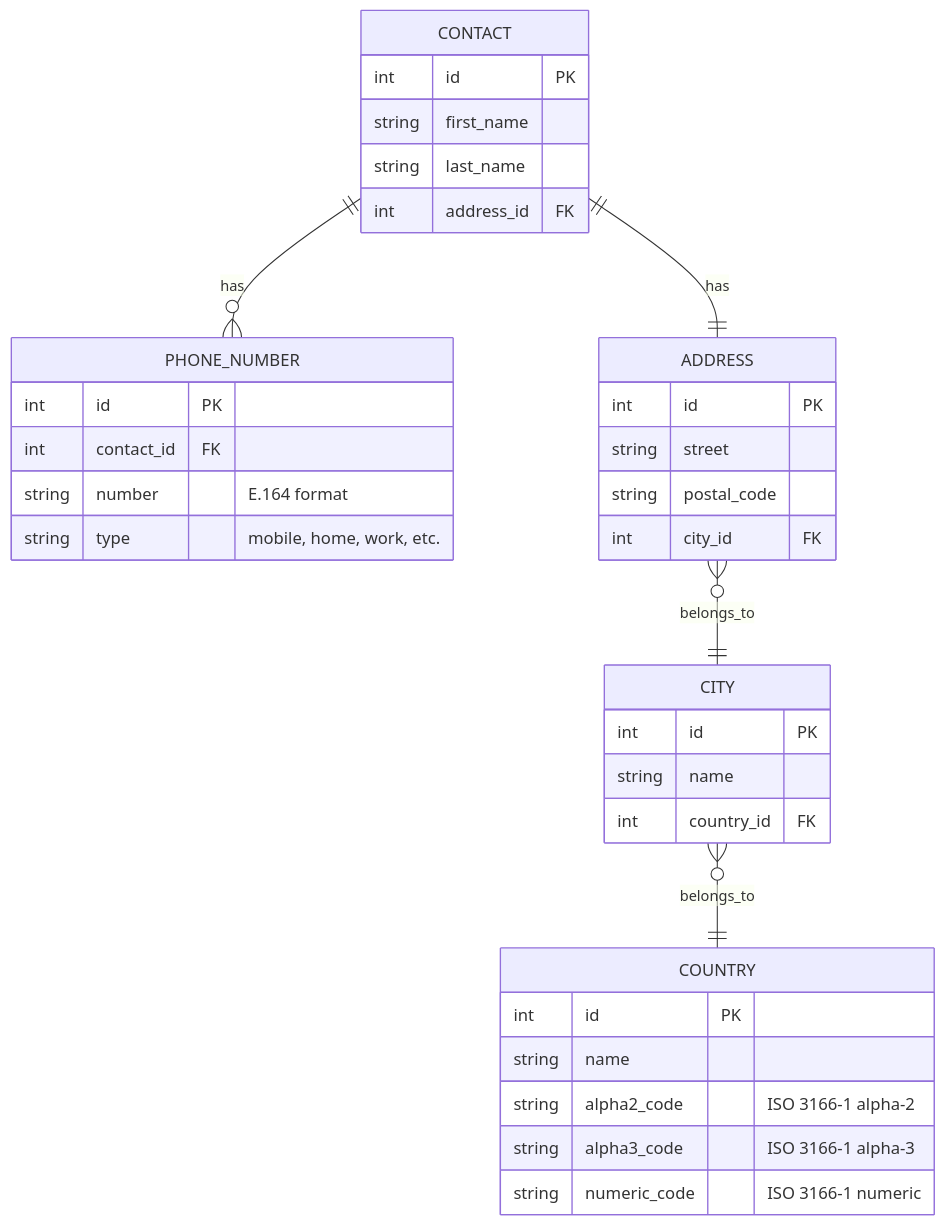
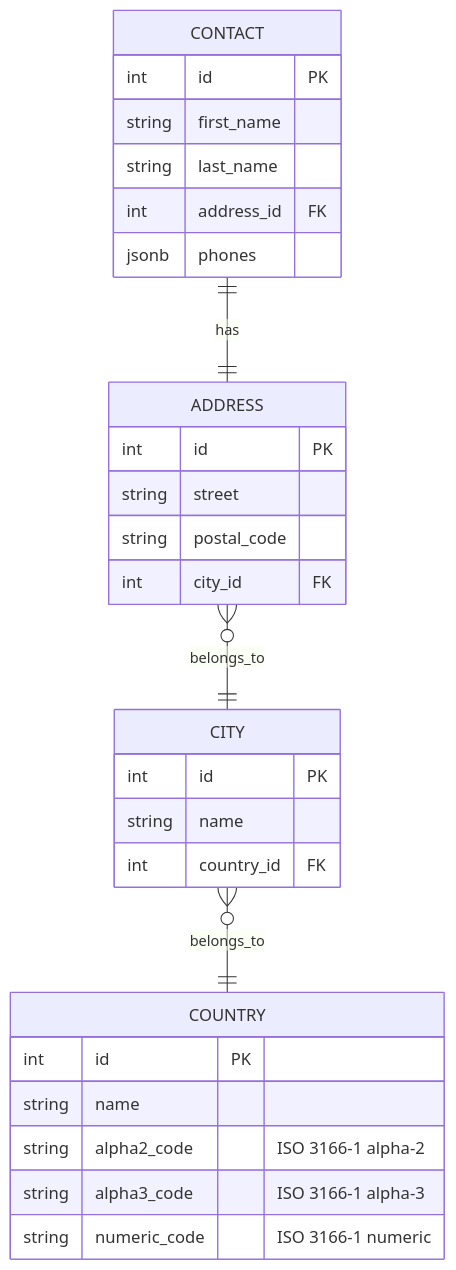
Before and after one commit to niv-e/phonebook-api: the diagram in README.md, drawn with Mermaid. The commit also changed other lines of this file and 12 other files, not shown here.

````diff
--- a/README.md
+++ b/README.md
@@ -24,42 +26,35 @@
 ```mermaid
 erDiagram
     CONTACT {
         int id PK
         string first_name
         string last_name
         int address_id FK
-    }
-    
-    PHONE_NUMBER {
-        int id PK
-        int contact_id FK
-        string number "E.164 format"
-        string type "mobile, home, work, etc."
+        jsonb phones
     }
     
     ADDRESS {
         int id PK
         string street
         string postal_code
         int city_id FK
     }
     
     CITY {
         int id PK
         string name
         int country_id FK
     }
     
     COUNTRY {
         int id PK
         string name
         string alpha2_code "ISO 3166-1 alpha-2"
         string alpha3_code "ISO 3166-1 alpha-3"
         string numeric_code "ISO 3166-1 numeric"
     }
     
-    CONTACT ||--o{ PHONE_NUMBER : has
     CONTACT ||--|| ADDRESS : has
     ADDRESS }o--|| CITY : belongs_to
     CITY }o--|| COUNTRY : belongs_to
 ```
````
